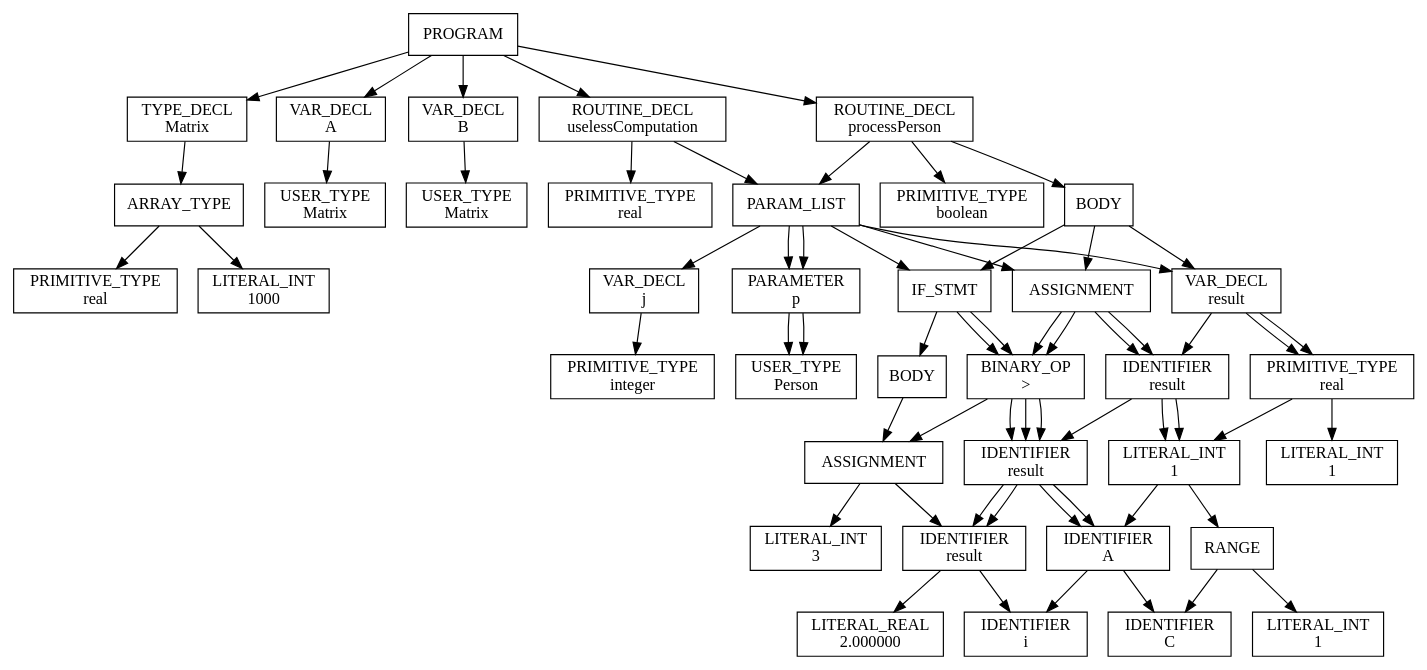
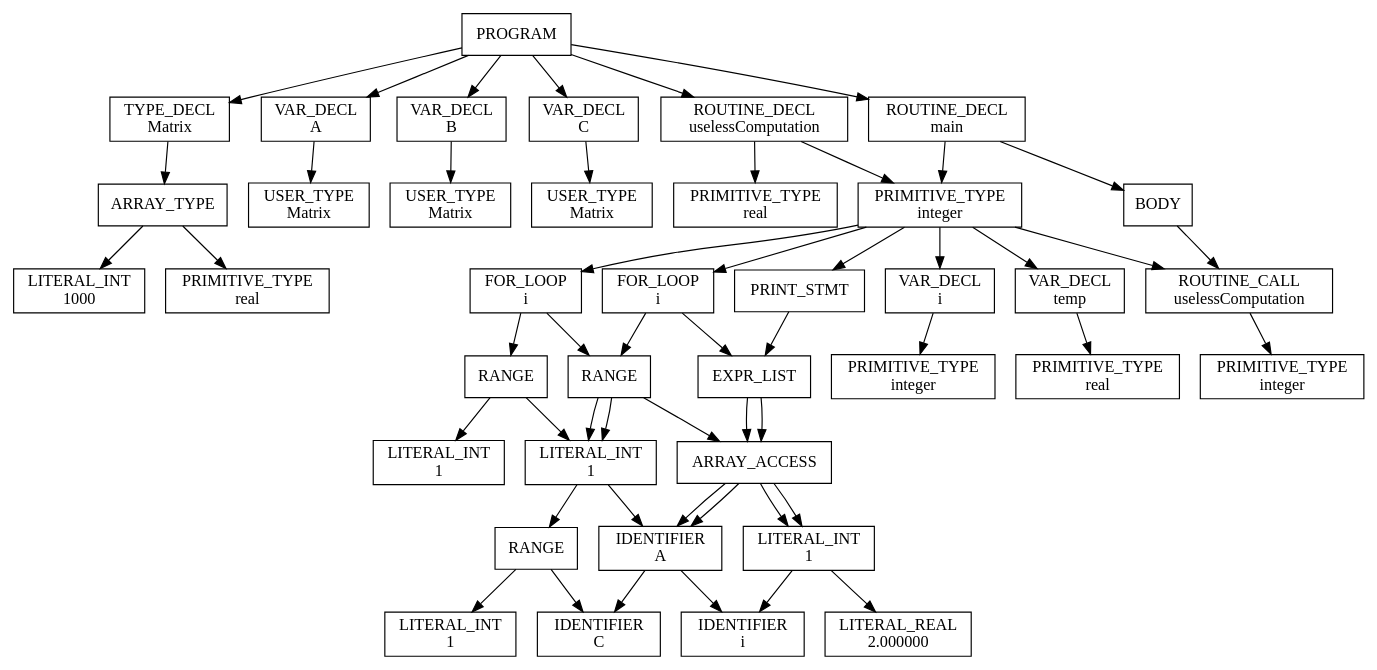
Before and after one commit to Sizye/Main-project: the diagram in semantics_nightmare/unused_var/dead_store.txt.dot, drawn with Graphviz. The commit also changed 11 other files, not shown here.

```diff
--- a/semantics_nightmare/unused_var/dead_store.txt.dot
+++ b/semantics_nightmare/unused_var/dead_store.txt.dot
@@ -1,126 +1,104 @@
 digraph AST {
   node [shape=box];
   n0 [label="PROGRAM"];
   n0 -> n1;
   n1 [label="TYPE_DECL\nMatrix"];
   n1 -> n2;
   n2 [label="ARRAY_TYPE"];
   n2 -> n3;
   n3 [label="LITERAL_INT\n1000"];
   n2 -> n1003;
   n1003 [label="PRIMITIVE_TYPE\nreal"];
   n0 -> n1001;
   n1001 [label="VAR_DECL\nA"];
   n1001 -> n1002;
   n1002 [label="USER_TYPE\nMatrix"];
   n0 -> n2001;
   n2001 [label="VAR_DECL\nB"];
   n2001 -> n2002;
   n2002 [label="USER_TYPE\nMatrix"];
   n0 -> n3001;
-  n3001 [label="ROUTINE_DECL\nuselessComputation"];
+  n3001 [label="VAR_DECL\nC"];
   n3001 -> n3002;
-  n3002 [label="PRIMITIVE_TYPE\nreal"];
-  n3001 -> n4002;
-  n4002 [label="BODY"];
-  n4002 -> n4003;
-  n4003 [label="VAR_DECL\ni"];
-  n4003 -> n4004;
-  n4004 [label="PRIMITIVE_TYPE\ninteger"];
-  n4002 -> n5003;
-  n5003 [label="VAR_DECL\nj"];
+  n3002 [label="USER_TYPE\nMatrix"];
+  n0 -> n4001;
+  n4001 [label="ROUTINE_DECL\nuselessComputation"];
+  n4001 -> n4002;
+  n4002 [label="PRIMITIVE_TYPE\nreal"];
+  n4001 -> n5002;
+  n5002 [label="BODY"];
+  n5002 -> n5003;
+  n5003 [label="VAR_DECL\ni"];
   n5003 -> n5004;
   n5004 [label="PRIMITIVE_TYPE\ninteger"];
-  n4002 -> n6003;
-  n6003 [label="FOR_LOOP\ni"];
+  n5002 -> n6003;
+  n6003 [label="VAR_DECL\nj"];
   n6003 -> n6004;
-  n6004 [label="RANGE"];
-  n6004 -> n6005;
-  n6005 [label="LITERAL_INT\n1"];
-  n6004 -> n7005;
-  n7005 [label="LITERAL_INT\n999"];
-  n6003 -> n7004;
-  n7004 [label="BODY"];
-  n7004 -> n7005;
-  n7005 [label="FOR_LOOP\nj"];
-  n7005 -> n7006;
-  n7006 [label="RANGE"];
-  n7006 -> n7007;
-  n7007 [label="LITERAL_INT\n1"];
-  n7006 -> n8007;
-  n8007 [label="LITERAL_INT\n999"];
-  n7005 -> n8006;
-  n8006 [label="BODY"];
-  n4002 -> n7003;
-  n7003 [label="FOR_LOOP\ni"];
+  n6004 [label="PRIMITIVE_TYPE\ninteger"];
+  n5002 -> n7003;
+  n7003 [label="VAR_DECL\ntemp"];
   n7003 -> n7004;
-  n7004 [label="RANGE"];
-  n7004 -> n7005;
-  n7005 [label="LITERAL_INT\n1"];
-  n7004 -> n8005;
-  n8005 [label="LITERAL_INT\n999"];
-  n7003 -> n8004;
-  n8004 [label="BODY"];
+  n7004 [label="PRIMITIVE_TYPE\nreal"];
+  n5002 -> n8003;
+  n8003 [label="FOR_LOOP\ni"];
+  n8003 -> n8004;
+  n8004 [label="RANGE"];
   n8004 -> n8005;
-  n8005 [label="ASSIGNMENT"];
-  n8005 -> n8006;
-  n8006 [label="ARRAY_ACCESS"];
-  n8006 -> n8007;
-  n8007 [label="IDENTIFIER\nC"];
-  n8006 -> n9007;
-  n9007 [label="IDENTIFIER\ni"];
-  n8005 -> n9006;
-  n9006 [label="BINARY_OP\n*"];
-  n9006 -> n9007;
-  n9007 [label="IDENTIFIER\ni"];
-  n9006 -> n10007;
-  n10007 [label="LITERAL_REAL\n2.000000"];
-  n4002 -> n8003;
-  n8003 [label="PRINT_STMT"];
-  n8003 -> n8004;
-  n8004 [label="EXPR_LIST"];
-  n8004 -> n8005;
-  n8005 [label="ARRAY_ACCESS"];
-  n8005 -> n8006;
-  n8006 [label="IDENTIFIER\nA"];
-  n8005 -> n9006;
-  n9006 [label="LITERAL_INT\n1"];
-  n0 -> n4001;
-  n4001 [label="ROUTINE_DECL\nprocessPerson"];
-  n4001 -> n4002;
-  n4002 [label="PARAM_LIST"];
-  n4002 -> n4003;
-  n4003 [label="PARAMETER\np"];
-  n4003 -> n4004;
-  n4004 [label="USER_TYPE\nPerson"];
-  n4001 -> n5002;
-  n5002 [label="PRIMITIVE_TYPE\nboolean"];
-  n4001 -> n6002;
-  n6002 [label="BODY"];
-  n6002 -> n6003;
-  n6003 [label="VAR_DECL\nresult"];
-  n6003 -> n6004;
-  n6004 [label="PRIMITIVE_TYPE\nreal"];
-  n6002 -> n7003;
-  n7003 [label="ASSIGNMENT"];
-  n7003 -> n7004;
-  n7004 [label="IDENTIFIER\nresult"];
-  n7003 -> n8004;
-  n8004 [label="ROUTINE_CALL\nuselessComputation"];
-  n6002 -> n8003;
-  n8003 [label="IF_STMT"];
-  n8003 -> n8004;
-  n8004 [label="BINARY_OP\n>"];
-  n8004 -> n8005;
-  n8005 [label="IDENTIFIER\nresult"];
+  n8005 [label="LITERAL_INT\n1"];
   n8004 -> n9005;
-  n9005 [label="LITERAL_INT\n0"];
+  n9005 [label="LITERAL_INT\n999"];
   n8003 -> n9004;
   n9004 [label="BODY"];
   n9004 -> n9005;
-  n9005 [label="ASSIGNMENT"];
+  n9005 [label="FOR_LOOP\nj"];
   n9005 -> n9006;
-  n9006 [label="IDENTIFIER\nresult"];
+  n9006 [label="RANGE"];
+  n9006 -> n9007;
+  n9007 [label="LITERAL_INT\n1"];
+  n9006 -> n10007;
+  n10007 [label="LITERAL_INT\n999"];
   n9005 -> n10006;
-  n10006 [label="LITERAL_INT\n3"];
+  n10006 [label="BODY"];
+  n5002 -> n9003;
+  n9003 [label="FOR_LOOP\ni"];
+  n9003 -> n9004;
+  n9004 [label="RANGE"];
+  n9004 -> n9005;
+  n9005 [label="LITERAL_INT\n1"];
+  n9004 -> n10005;
+  n10005 [label="LITERAL_INT\n999"];
+  n9003 -> n10004;
+  n10004 [label="BODY"];
+  n10004 -> n10005;
+  n10005 [label="ASSIGNMENT"];
+  n10005 -> n10006;
+  n10006 [label="ARRAY_ACCESS"];
+  n10006 -> n10007;
+  n10007 [label="IDENTIFIER\nC"];
+  n10006 -> n11007;
+  n11007 [label="IDENTIFIER\ni"];
+  n10005 -> n11006;
+  n11006 [label="BINARY_OP\n*"];
+  n11006 -> n11007;
+  n11007 [label="IDENTIFIER\ni"];
+  n11006 -> n12007;
+  n12007 [label="LITERAL_REAL\n2.000000"];
+  n5002 -> n10003;
+  n10003 [label="PRINT_STMT"];
+  n10003 -> n10004;
+  n10004 [label="EXPR_LIST"];
+  n10004 -> n10005;
+  n10005 [label="ARRAY_ACCESS"];
+  n10005 -> n10006;
+  n10006 [label="IDENTIFIER\nA"];
+  n10005 -> n11006;
+  n11006 [label="LITERAL_INT\n1"];
+  n0 -> n5001;
+  n5001 [label="ROUTINE_DECL\nmain"];
+  n5001 -> n5002;
+  n5002 [label="PRIMITIVE_TYPE\ninteger"];
+  n5001 -> n6002;
+  n6002 [label="BODY"];
+  n6002 -> n6003;
+  n6003 [label="ROUTINE_CALL\nuselessComputation"];
 }
```
